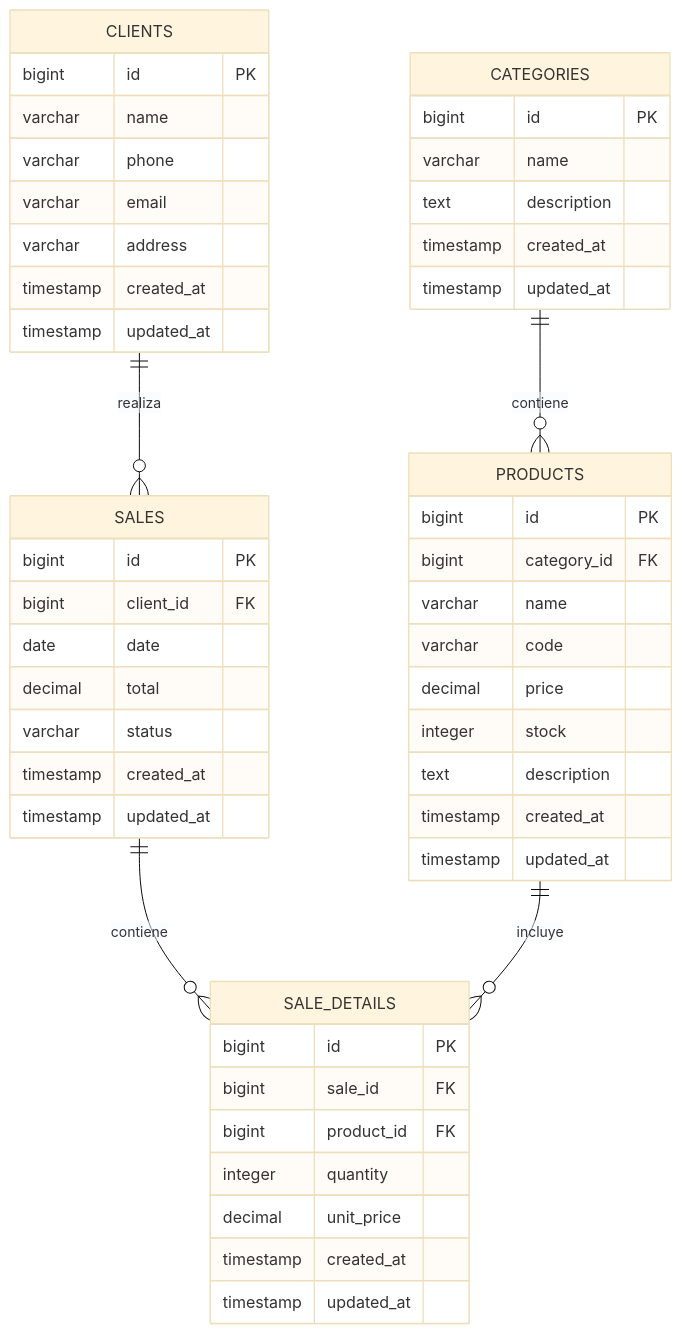
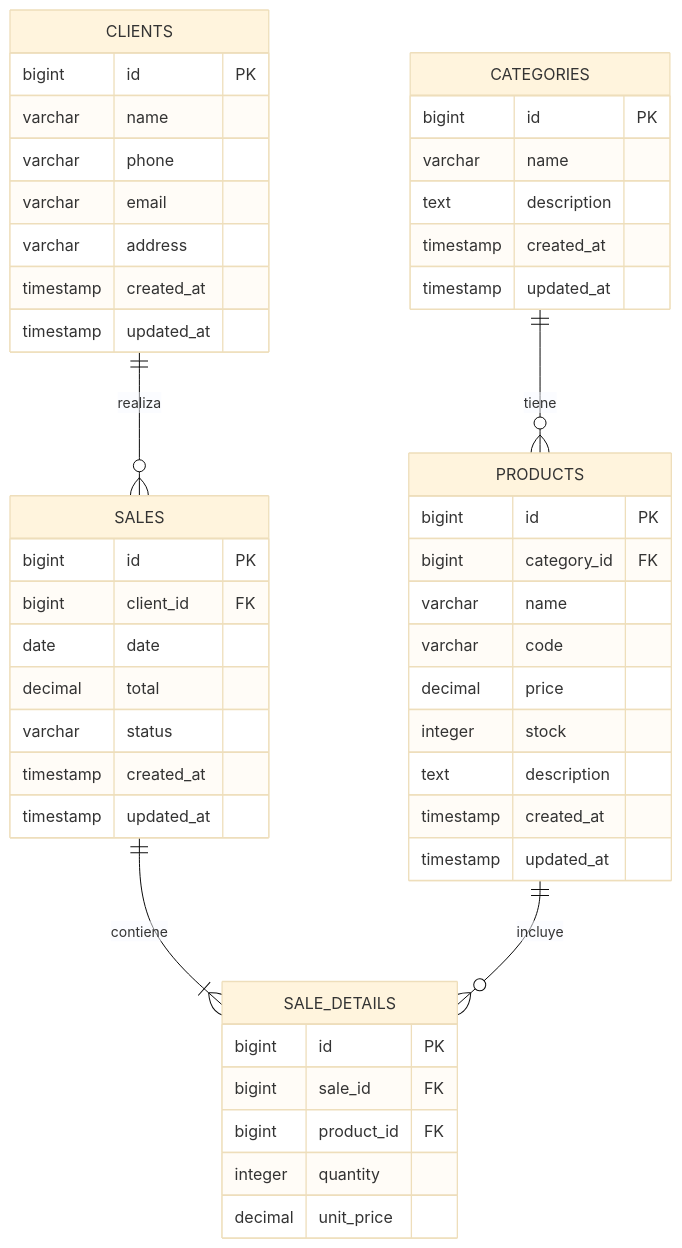
One commit to monialeja1011/SoftwareGestionEmpresarial-Laravel changed the diagram in docs/diagrama_mer.mmd. Above: the diagram before and after it, drawn with Mermaid (base theme). The commit also changed 1 other file, not shown here.

```diff
--- a/docs/diagrama_mer.mmd
+++ b/docs/diagrama_mer.mmd
@@ -1,56 +1,54 @@
+
 erDiagram
-
-    CATEGORIES ||--o{ PRODUCTS : contiene
+    CATEGORIES ||--o{ PRODUCTS : tiene
     CLIENTS ||--o{ SALES : realiza
-    SALES ||--o{ SALE_DETAILS : contiene
+    SALES ||--|{ SALE_DETAILS : contiene
     PRODUCTS ||--o{ SALE_DETAILS : incluye
 
     CATEGORIES {
         bigint id PK
         varchar name
         text description
-        timestamp created_at
-        timestamp updated_at
-    }
-
-    CLIENTS {
-        bigint id PK
-        varchar name
-        varchar phone
-        varchar email
-        varchar address
         timestamp created_at
         timestamp updated_at
     }
 
     PRODUCTS {
         bigint id PK
         bigint category_id FK
         varchar name
         varchar code
         decimal price
         integer stock
         text description
+        timestamp created_at
+        timestamp updated_at
+    }
+
+    CLIENTS {
+        bigint id PK
+        varchar name
+        varchar phone
+        varchar email
+        varchar address
         timestamp created_at
         timestamp updated_at
     }
 
     SALES {
         bigint id PK
         bigint client_id FK
         date date
         decimal total
         varchar status
         timestamp created_at
         timestamp updated_at
     }
 
     SALE_DETAILS {
         bigint id PK
         bigint sale_id FK
         bigint product_id FK
         integer quantity
         decimal unit_price
-        timestamp created_at
-        timestamp updated_at
     }
```
